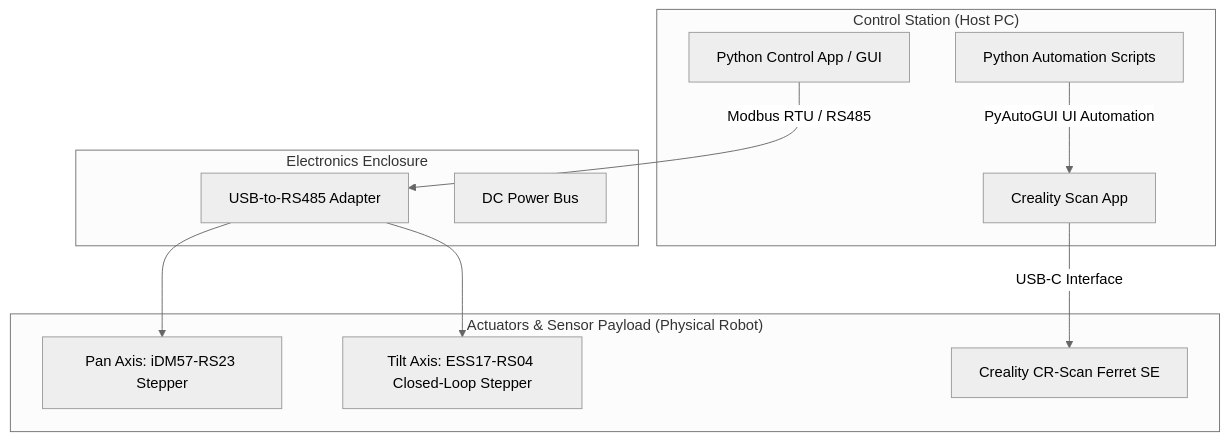
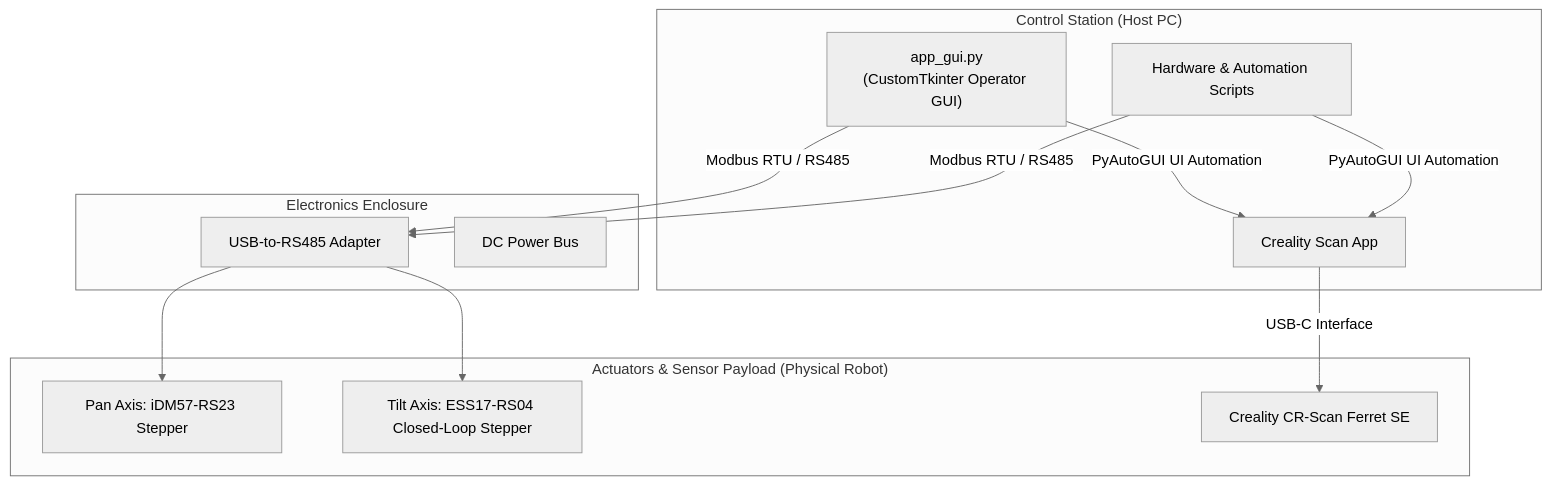
The second of 2 diagrams in README.md (abhinabch/Dual-Axis-Pass-Through-Barrel-Scanner), drawn with Mermaid (neutral theme) before and after one commit. The commit also changed other lines of this file and 3 other files, not shown here.

````diff
--- a/README.md
+++ b/README.md
@@ -48,25 +56,27 @@
 ```mermaid
 graph TD
     subgraph "Control Station (Host PC)"
-        PythonApp[Python Control App / GUI]
-        PythonScripts[Python Automation Scripts]
+        PythonApp["app_gui.py\n(CustomTkinter Operator GUI)"]
+        PythonScripts[Hardware & Automation Scripts]
         CrealityApp[Creality Scan App]
     end
 
     subgraph "Electronics Enclosure"
         USB485[USB-to-RS485 Adapter]
         PowerBus[DC Power Bus]
     end
 
     subgraph "Actuators & Sensor Payload (Physical Robot)"
         MotorPan[Pan Axis: iDM57-RS23 Stepper]
         MotorTilt[Tilt Axis: ESS17-RS04 Closed-Loop Stepper]
         Scanner[Creality CR-Scan Ferret SE]
     end
 
     PythonApp -- Modbus RTU / RS485 --> USB485
+    PythonScripts -- Modbus RTU / RS485 --> USB485
     USB485 --> MotorPan
     USB485 --> MotorTilt
+    PythonApp -- PyAutoGUI UI Automation --> CrealityApp
     PythonScripts -- PyAutoGUI UI Automation --> CrealityApp
     CrealityApp -- USB-C Interface --> Scanner
 ```
````
